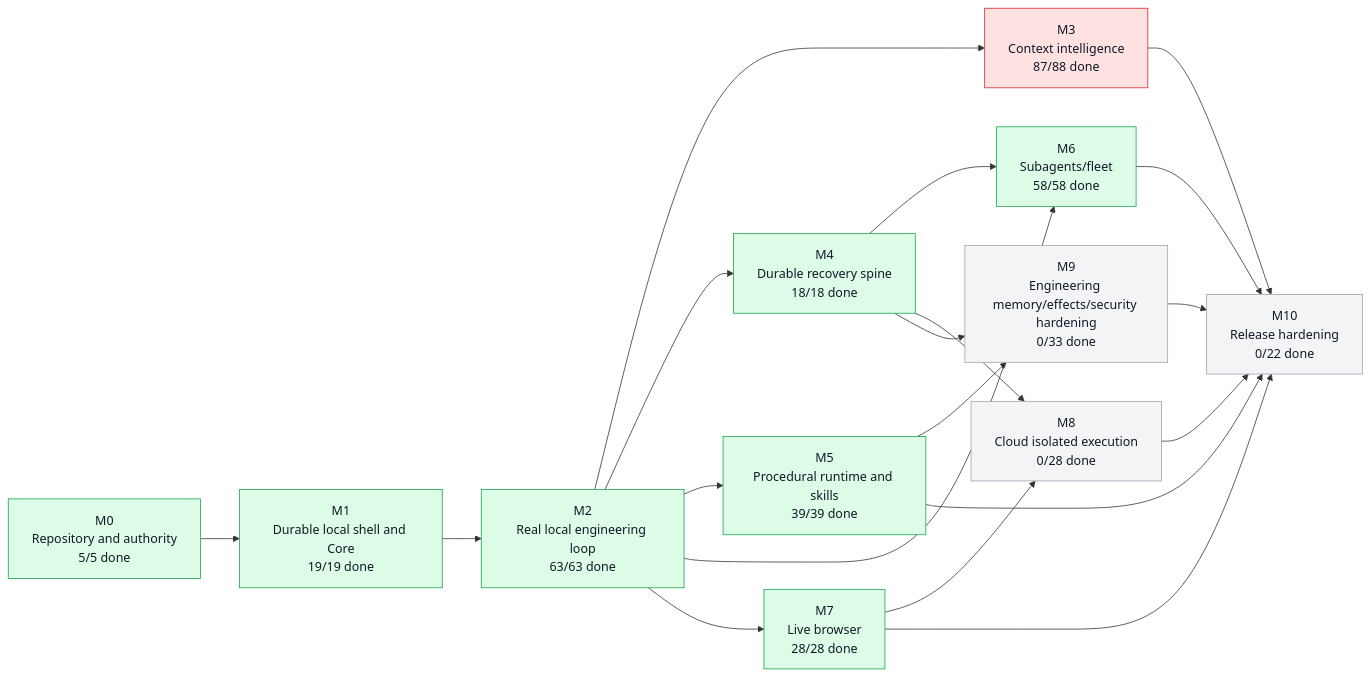
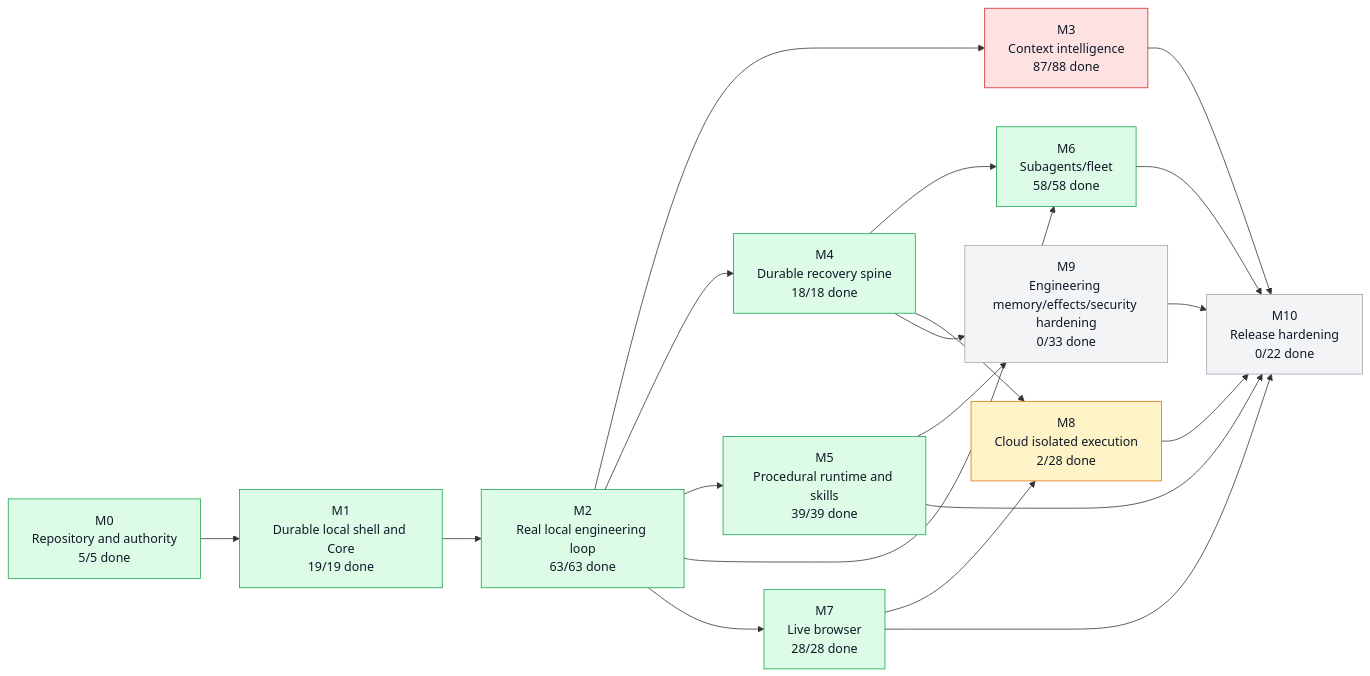
The first of 5 diagrams in graph/PROJECT_GRAPH.md (moss101/modbit), drawn with Mermaid before and after one commit. The commit also changed other lines of this file and 10 other files, not shown here.

````diff
--- a/graph/PROJECT_GRAPH.md
+++ b/graph/PROJECT_GRAPH.md
@@ -57,43 +57,43 @@
 ```mermaid
 flowchart LR
   M0["M0<br/>Repository and authority<br/>5/5 done"]
   M1["M1<br/>Durable local shell and Core<br/>19/19 done"]
   M2["M2<br/>Real local engineering loop<br/>63/63 done"]
   M3["M3<br/>Context intelligence<br/>87/88 done"]
   M4["M4<br/>Durable recovery spine<br/>18/18 done"]
   M5["M5<br/>Procedural runtime and skills<br/>39/39 done"]
   M6["M6<br/>Subagents/fleet<br/>58/58 done"]
   M7["M7<br/>Live browser<br/>28/28 done"]
-  M8["M8<br/>Cloud isolated execution<br/>0/28 done"]
+  M8["M8<br/>Cloud isolated execution<br/>2/28 done"]
   M9["M9<br/>Engineering memory/effects/security hardening<br/>0/33 done"]
   M10["M10<br/>Release hardening<br/>0/22 done"]
   M0 --> M1
   M1 --> M2
   M2 --> M3
   M2 --> M4
   M2 --> M5
   M2 --> M6
   M4 --> M6
   M2 --> M7
   M4 --> M8
   M7 --> M8
   M4 --> M9
   M5 --> M9
   M3 --> M10
   M5 --> M10
   M6 --> M10
   M7 --> M10
   M8 --> M10
   M9 --> M10
   style M0 fill:#dcfce7,stroke:#16a34a,color:#111827
   style M1 fill:#dcfce7,stroke:#16a34a,color:#111827
   style M2 fill:#dcfce7,stroke:#16a34a,color:#111827
   style M3 fill:#fee2e2,stroke:#dc2626,color:#111827
   style M4 fill:#dcfce7,stroke:#16a34a,color:#111827
   style M5 fill:#dcfce7,stroke:#16a34a,color:#111827
   style M6 fill:#dcfce7,stroke:#16a34a,color:#111827
   style M7 fill:#dcfce7,stroke:#16a34a,color:#111827
-  style M8 fill:#f3f4f6,stroke:#9ca3af,color:#111827
+  style M8 fill:#fef3c7,stroke:#d97706,color:#111827
   style M9 fill:#f3f4f6,stroke:#9ca3af,color:#111827
   style M10 fill:#f3f4f6,stroke:#9ca3af,color:#111827
 ```
````
